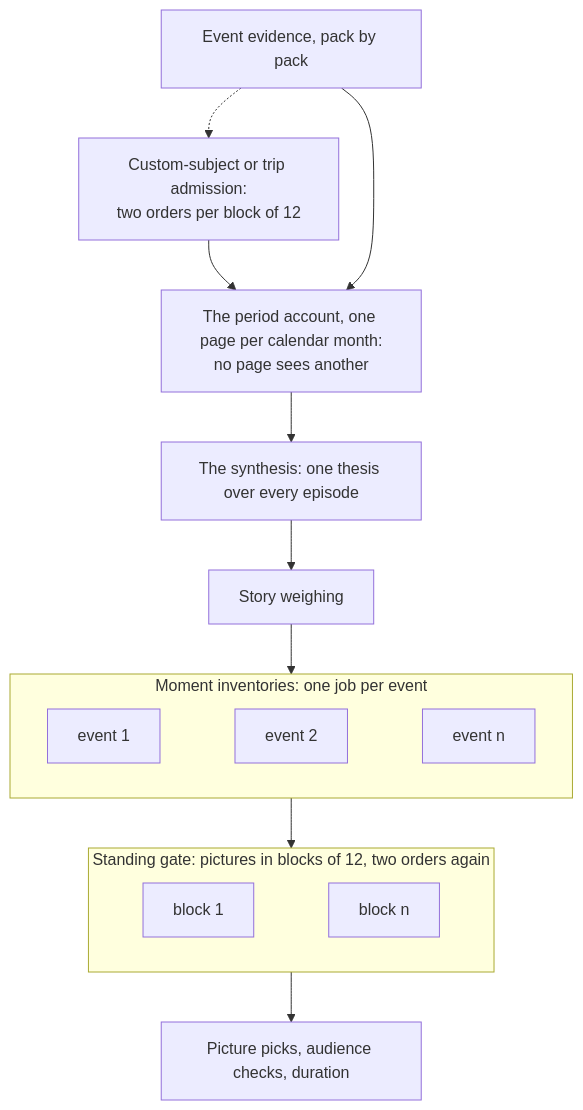
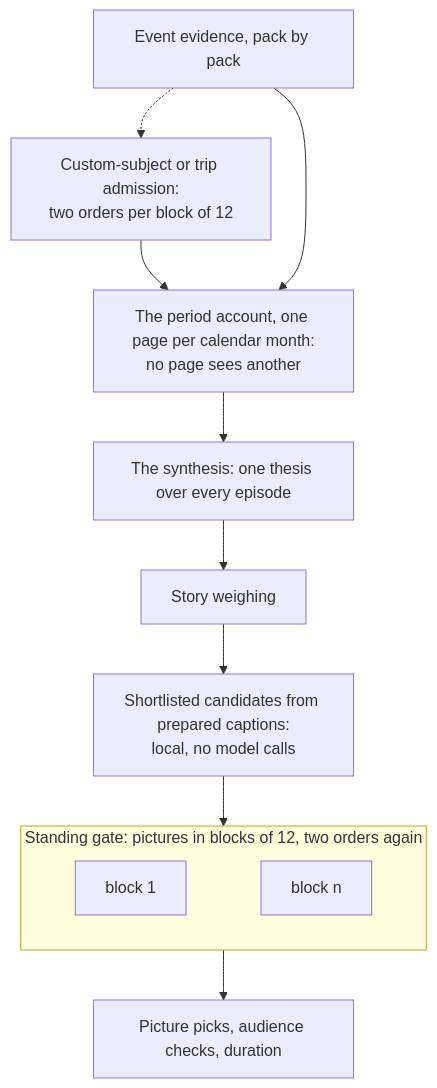
Before and after one commit to chenzeyan54-commits/immich-video-memory-generator: the second of 2 diagrams in docs-site/docs/create/pipeline.md, drawn with Mermaid. The commit also changed other lines of this file and 19 other files, not shown here.

Commit message:
perf(selection): reuse prepared captions instead of rereading moments (#1115)

````diff
--- a/docs-site/docs/create/pipeline.md
+++ b/docs-site/docs/create/pipeline.md
@@ -394,22 +393,17 @@
 ```mermaid
 flowchart TB
     packs["Event evidence, pack by pack"]
     packs -.-> admission["Custom-subject or trip admission:<br/>two orders per block of 12"]
     admission --> pages
     packs --> pages["The period account, one page per calendar month:<br/>no page sees another"]
     pages --> synthesis["The synthesis: one thesis over every episode"]
     synthesis --> weigh["Story weighing"]
-    weigh --> inventories
-    subgraph inventories["Moment inventories: one job per event"]
-        direction LR
-        i1["event 1"] ~~~ i2["event 2"] ~~~ iN["event n"]
-    end
-
-    inventories --> standing
+    weigh --> candidates["Shortlisted candidates from prepared captions:<br/>local, no model calls"]
+    candidates --> standing
     subgraph standing["Standing gate: pictures in blocks of 12, two orders again"]
         direction LR
         s1["block 1"] ~~~ sn["block n"]
     end
 
     standing --> picks["Picture picks, audience checks, duration"]
 ```
````
